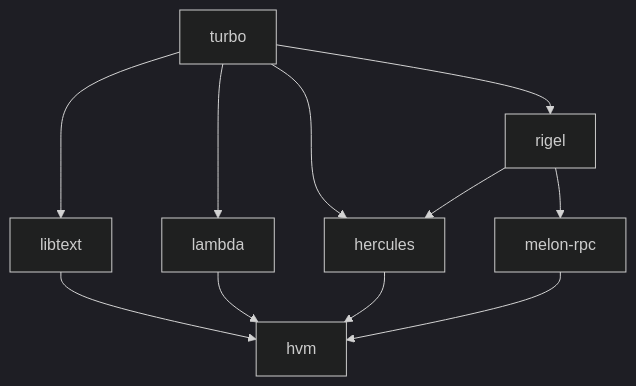
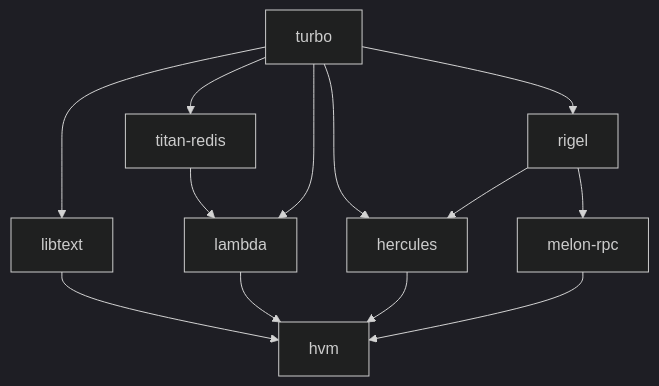
Before and after one commit to gottingen/kumo-search: the first of 3 diagrams in README.md, drawn with Mermaid (dark theme). The commit also changed other lines of this file and 1 other file, not shown here.

Commit message:
add titan-redis

````diff
--- a/README.md
+++ b/README.md
@@ -26,14 +25,16 @@
 ```mermaid
 flowchart TB
     A[turbo]-->B[libtext]
+    A[turbo]-->BB[titan-redis]
+    BB-->C[lambda]
     A[turbo]-->C[lambda]
     A[turbo]-->D[hercules]
     A[turbo]-->E[rigel]
     E[rigel]-->D[hercules]
     D[hercules]-->F[hvm]
     C[lambda]-->F[hvm]
     B[libtext]-->F[hvm]
     E[rigel]-->G[melon-rpc]
     G[melon-rpc]-->F[hvm]
     
 ```
````
